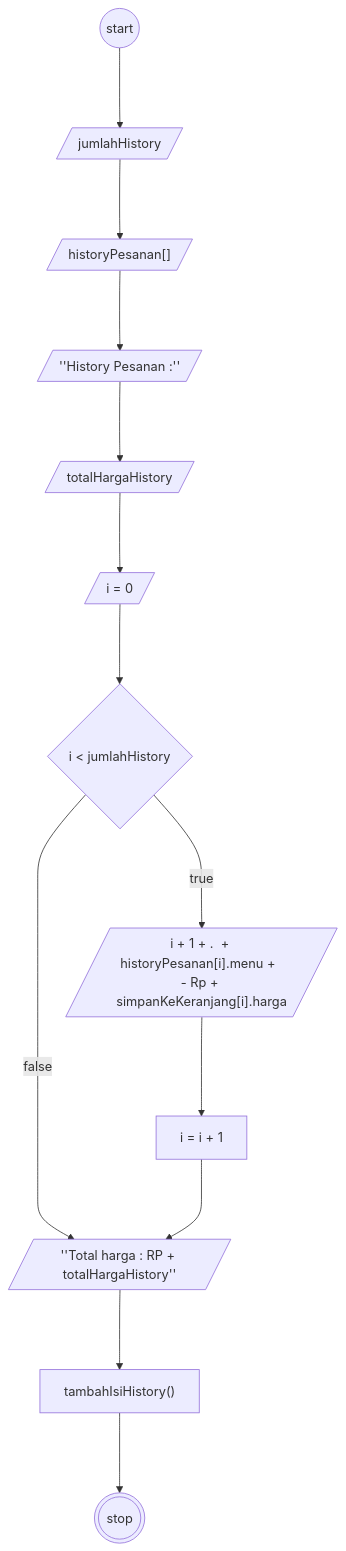
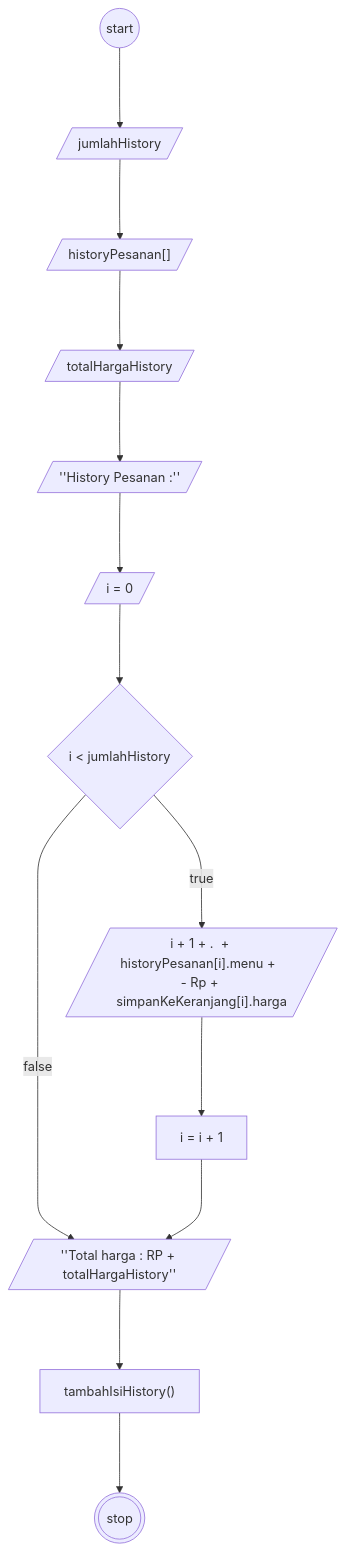
The diagram in flowchartHistory.md (VirgilIw/koda-b4-homework1), drawn with Mermaid before and after one commit.

````diff
--- a/flowchartHistory.md
+++ b/flowchartHistory.md
@@ -1,31 +1,31 @@
 ```mermaid
 flowchart TB
 
 start((start))
 stop(((stop)))
 
 let2[/"historyPesanan[]"/]
 
 let1@{shape: lean-r, label: jumlahHistory}
 let3@{shape: lean-r, label: totalHargaHistory}
 
 pesan[/''History Pesanan :''/]
 i@{shape: lean-r, label: i = 0}
 
 while{i < jumlahHistory}
 
 true1[/"i + 1 + .  + historyPesanan[i].menu +  - Rp + simpanKeKeranjang[i].harga"/]
 iTambah@{shape: rect, label: i = i + 1}
 log3[/''Total harga : RP + totalHargaHistory''/]
 tambahIsiHisto["tambahIsiHistory()"]
 
 start--->let1--->let2
-let2--->pesan--->let3--->i
+let2--->let3--->pesan--->i
 while--false--->log3
 i--->while--true--->true1
 true1--->iTambah--->log3
 
 log3--->tambahIsiHisto--->stop
 
 
 ```
````
